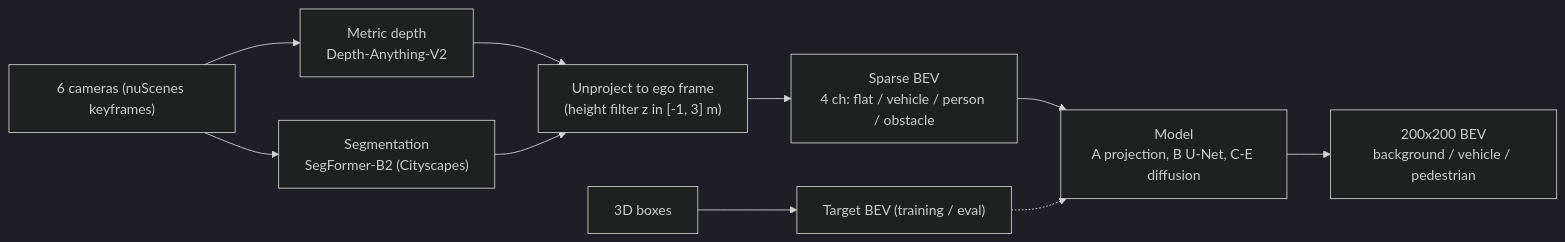
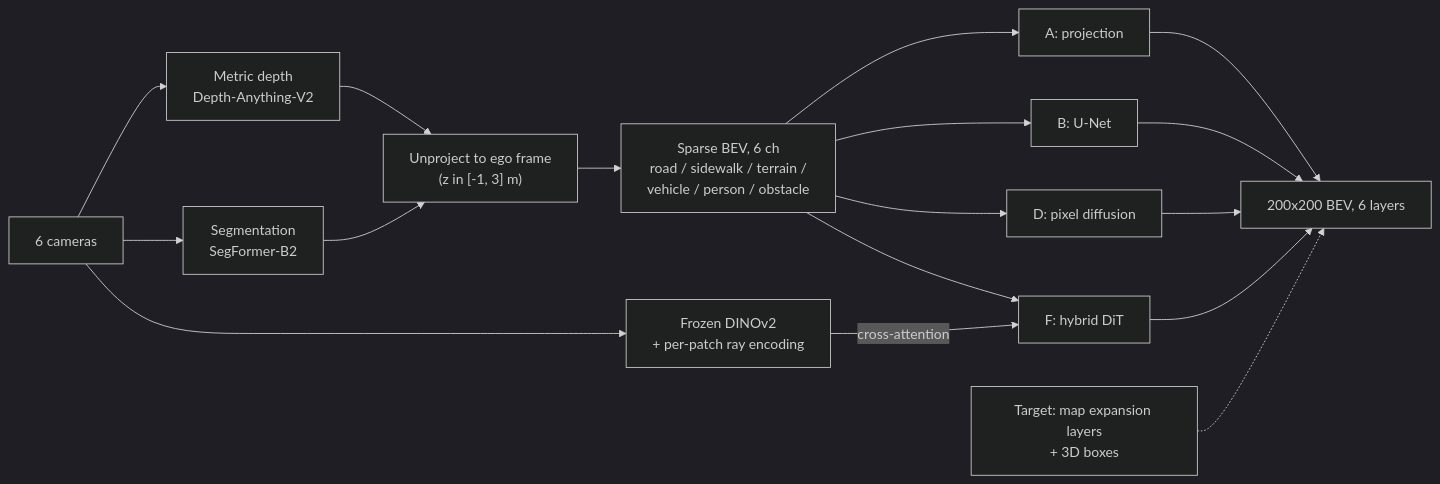
One commit to Mandred009/Dreaming_of_Birds changed the diagram in README.md. Above: the diagram before and after it, drawn with Mermaid (dark theme). The commit also changed other lines of this file and 28 other files, not shown here.

````diff
--- a/README.md
+++ b/README.md
@@ -31,12 +9,16 @@
 ```mermaid
 flowchart LR
-    C["6 cameras (nuScenes keyframes)"] --> D["Metric depth<br/>Depth-Anything-V2"]
-    C --> S["Segmentation<br/>SegFormer-B2 (Cityscapes)"]
-    D --> U["Unproject to ego frame<br/>(height filter z in [-1, 3] m)"]
+    C["6 cameras"] --> D["Metric depth<br/>Depth-Anything-V2"]
+    C --> S["Segmentation<br/>SegFormer-B2"]
+    D --> U["Unproject to ego frame<br/>(z in [-1, 3] m)"]
     S --> U
-    U --> SP["Sparse BEV<br/>4 ch: flat / vehicle / person / obstacle"]
-    SP --> M["Model<br/>A projection, B U-Net, C-E diffusion"]
-    M --> O["200x200 BEV<br/>background / vehicle / pedestrian"]
-    B3["3D boxes"] --> T["Target BEV (training / eval)"]
-    T -.-> M
+    U --> SP["Sparse BEV, 6 ch<br/>road / sidewalk / terrain /<br/>vehicle / person / obstacle"]
+    C --> DI["Frozen DINOv2<br/>+ per-patch ray encoding"]
+    SP --> A["A: projection"]
+    SP --> B["B: U-Net"]
+    SP --> Dm["D: pixel diffusion"]
+    SP --> F["F: hybrid DiT"]
+    DI -->|"cross-attention"| F
+    A & B & Dm & F --> O["200x200 BEV, 6 layers"]
+    T["Target: map expansion layers<br/>+ 3D boxes"] -.-> O
 ```
````
